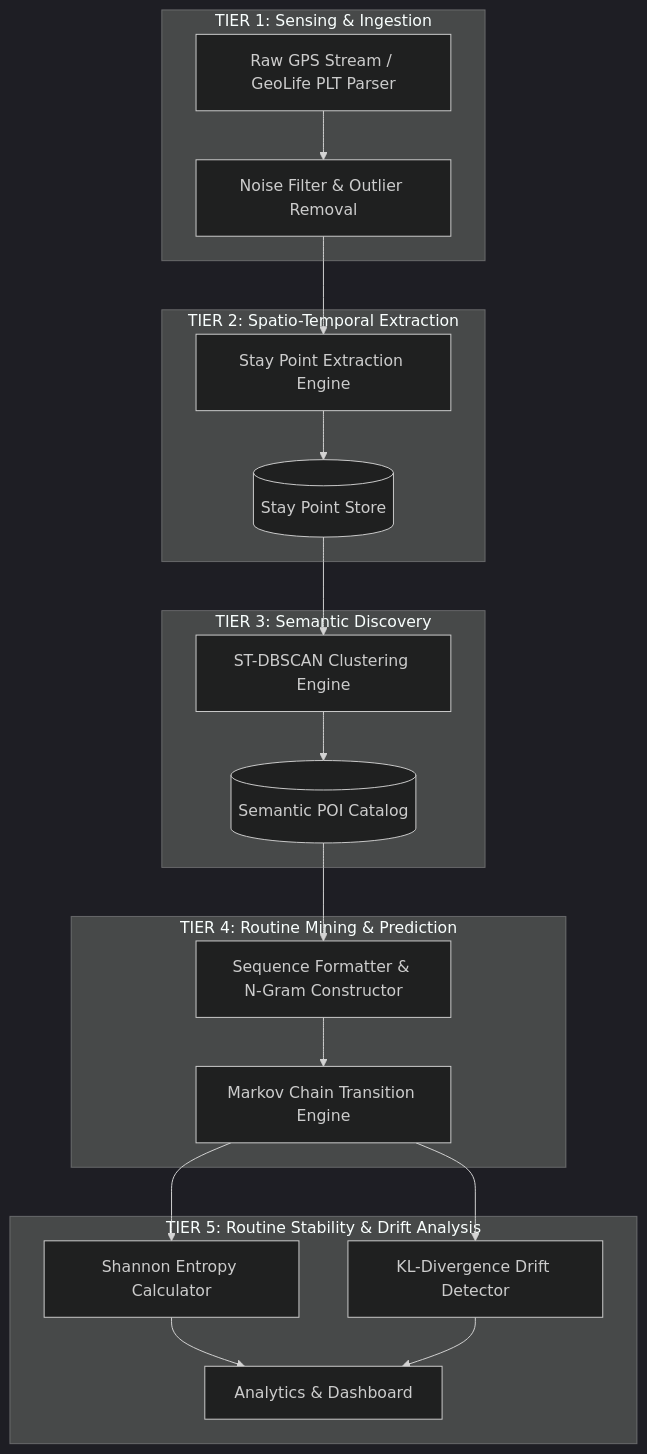
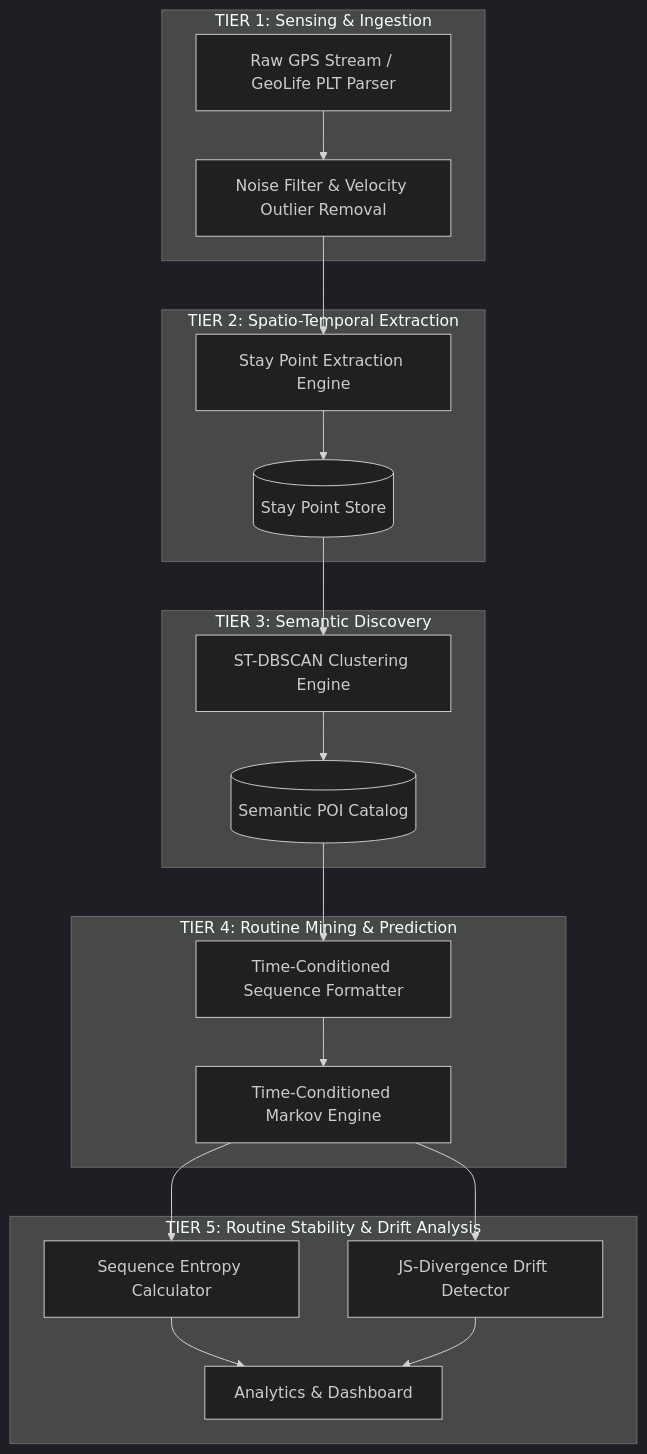
Before and after one commit to Reyatsu99/HabitMiner: the first of 3 diagrams in docs/ARCHITECTURE.md, drawn with Mermaid (dark theme). The commit also changed other lines of this file and 3 other files, not shown here.

Commit message:
Fix technical bugs, methodology metrics, DB schema relationships, and parameters across documentation

````diff
--- a/docs/ARCHITECTURE.md
+++ b/docs/ARCHITECTURE.md
@@ -21,33 +21,33 @@
 ```mermaid
 graph TD
     subgraph Tier1["TIER 1: Sensing & Ingestion"]
         GPS[Raw GPS Stream / GeoLife PLT Parser]
-        FLT[Noise Filter & Outlier Removal]
+        FLT[Noise Filter & Velocity Outlier Removal]
     end
 
     subgraph Tier2["TIER 2: Spatio-Temporal Extraction"]
         SPE[Stay Point Extraction Engine]
         SPDB[(Stay Point Store)]
     end
 
     subgraph Tier3["TIER 3: Semantic Discovery"]
         ST[ST-DBSCAN Clustering Engine]
         POI[(Semantic POI Catalog)]
     end
 
     subgraph Tier4["TIER 4: Routine Mining & Prediction"]
-        SM[Sequence Formatter & N-Gram Constructor]
-        MC[Markov Chain Transition Engine]
+        SM[Time-Conditioned Sequence Formatter]
+        MC[Time-Conditioned Markov Engine]
     end
 
     subgraph Tier5["TIER 5: Routine Stability & Drift Analysis"]
-        SE[Shannon Entropy Calculator]
-        KLD[KL-Divergence Drift Detector]
+        SE[Sequence Entropy Calculator]
+        JSD[JS-Divergence Drift Detector]
         DASH[Analytics & Dashboard]
     end
 
     GPS --> FLT --> SPE --> SPDB
     SPDB --> ST --> POI
     POI --> SM --> MC
-    MC --> SE & KLD --> DASH
+    MC --> SE & JSD --> DASH
 ```
````
